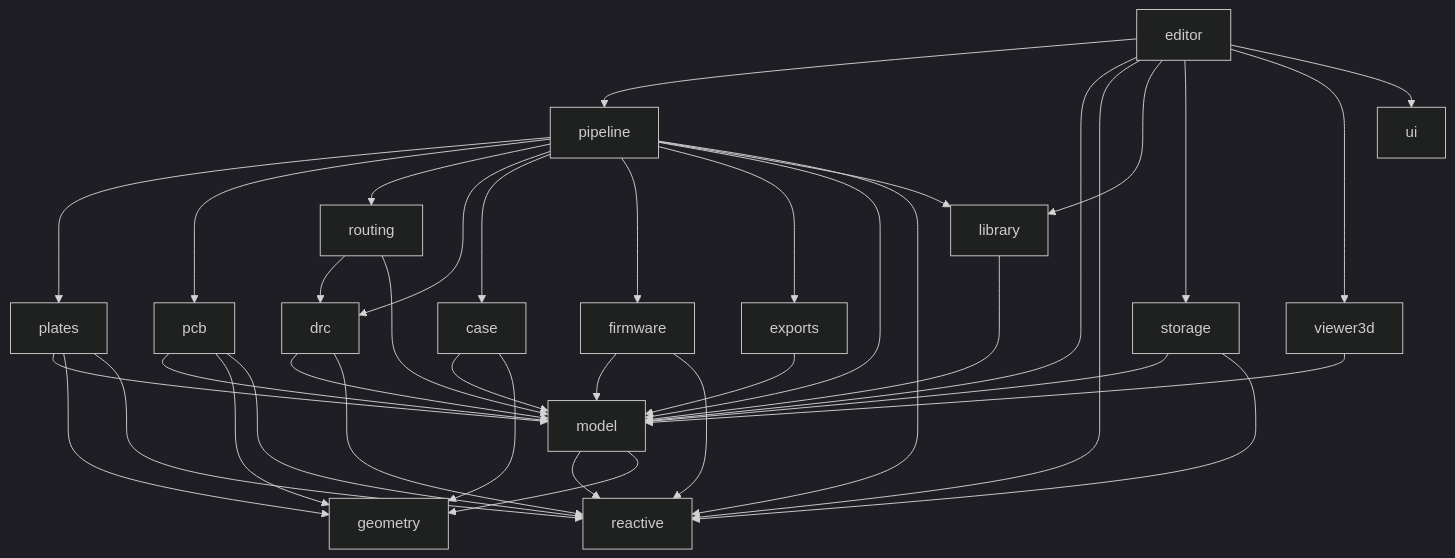
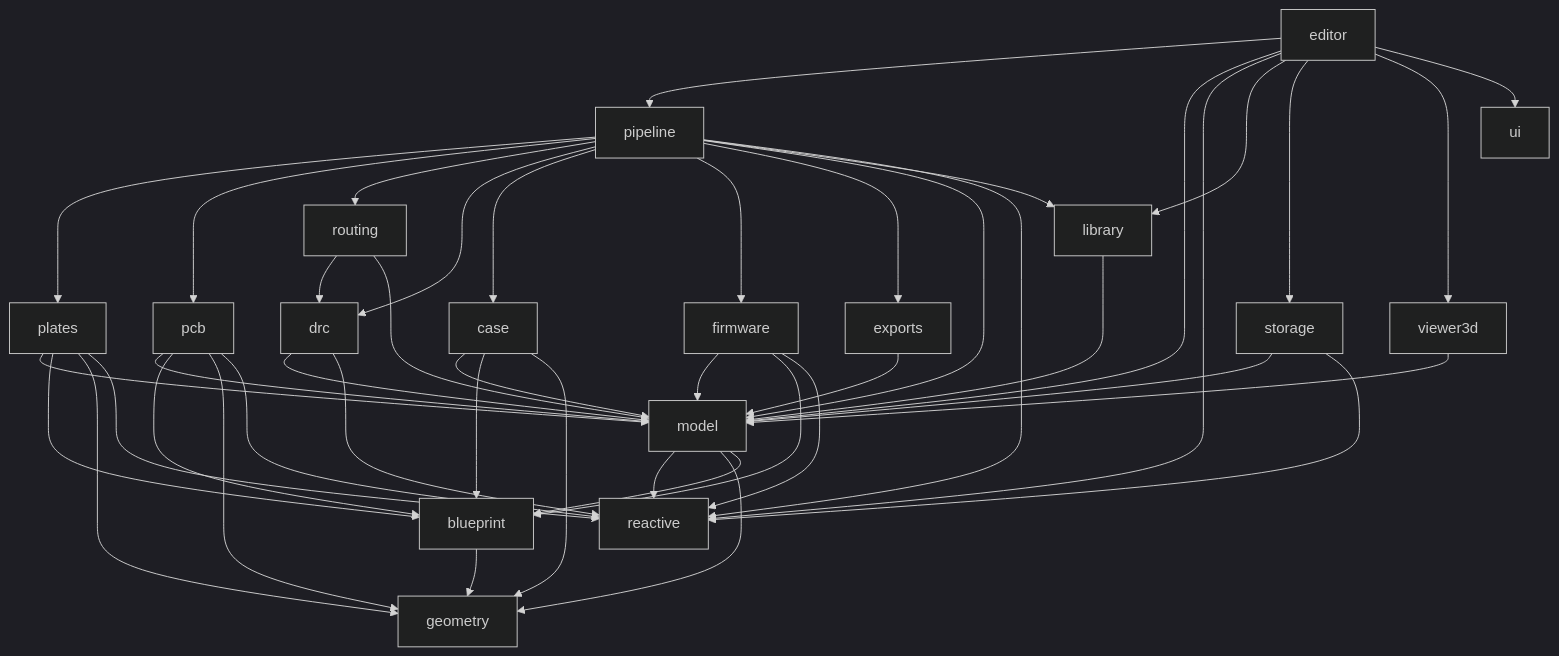
The second of 4 diagrams in _bmad-output/architecture-keeb-cad-layout-model/architecture-keeb-cad-layout-model.md (KeebCAD/keeb-cad), drawn with Mermaid (dark theme) before and after one commit. The commit also changed other lines of this file and 1 other file, not shown here.

````diff
--- a/_bmad-output/architecture-keeb-cad-layout-model/architecture-keeb-cad-layout-model.md
+++ b/_bmad-output/architecture-keeb-cad-layout-model/architecture-keeb-cad-layout-model.md
@@ -297,31 +318,33 @@
 ```mermaid
 graph TD
   editor --> pipeline
   editor --> model
   editor --> reactive
   editor --> library
   editor --> storage
   editor --> viewer3d
   editor --> ui
   viewer3d --> model
   pipeline --> plates & pcb & routing & drc & case & firmware & exports
   pipeline --> model
   pipeline --> library
   routing --> drc
   plates --> model
   pcb --> model
   routing --> model
   drc --> model
   case --> model
   firmware --> model
   exports --> model
   library --> model
   storage --> model
   storage --> reactive
   pipeline --> reactive
-  model --> reactive & geometry
+  model --> reactive & geometry & blueprint
+  plates & pcb & firmware & case --> blueprint
+  blueprint --> geometry
   plates --> geometry
   pcb --> geometry
   case --> geometry
   plates & pcb & firmware & drc --> reactive
 ```
````
